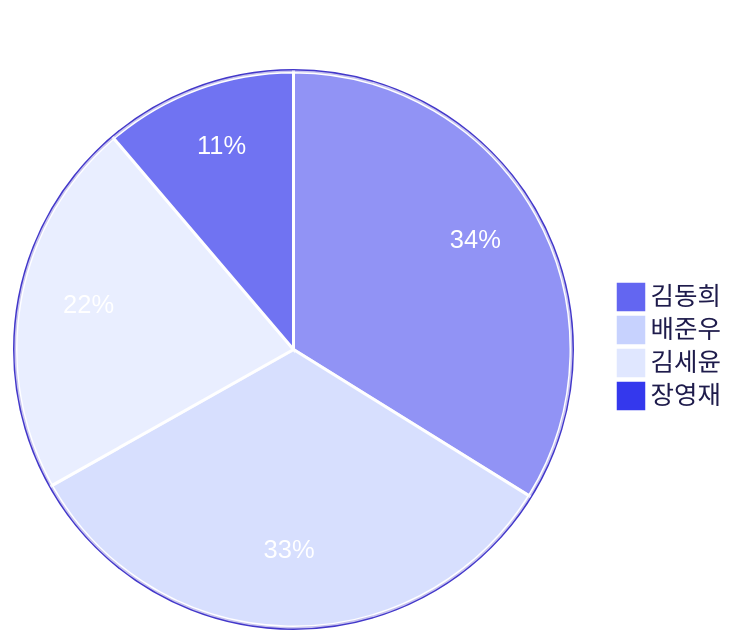
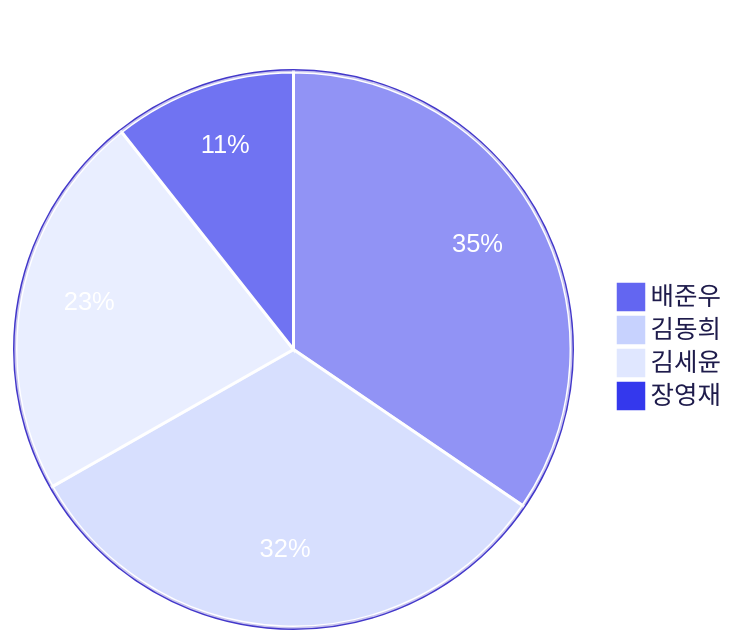
One commit to 3rd-project-team-1/ALYAC-market-team1 changed the third of 4 diagrams in README.md. Above: the diagram before and after it, drawn with Mermaid. The commit also changed other lines of this file, not shown here.

Commit message:
docs: 커밋 활동 차트 자동 업데이트 [skip ci]

````diff
--- a/README.md
+++ b/README.md
@@ -430,17 +430,17 @@
 ```mermaid
 %%{init: { 'theme': 'base', 'themeVariables': {
   'primaryColor': '#6366f1',
   'primaryTextColor': '#ffffff',
   'primaryBorderColor': '#4338ca',
   'secondaryColor': '#c7d2fe',
   'tertiaryColor': '#e0e7ff',
   'pieLegendTextColor': '#1e1b4b',
   'pieStrokeColor': '#ffffff',
   'pieOuterStrokeColor': '#4338ca'
 } } }%%
 pie title 기여자별 커밋 수
-  "김동희" : 199
-  "배준우" : 194
-  "김세윤" : 129
+  "배준우" : 214
+  "김동희" : 200
+  "김세윤" : 140
   "장영재" : 66
 ```
````
